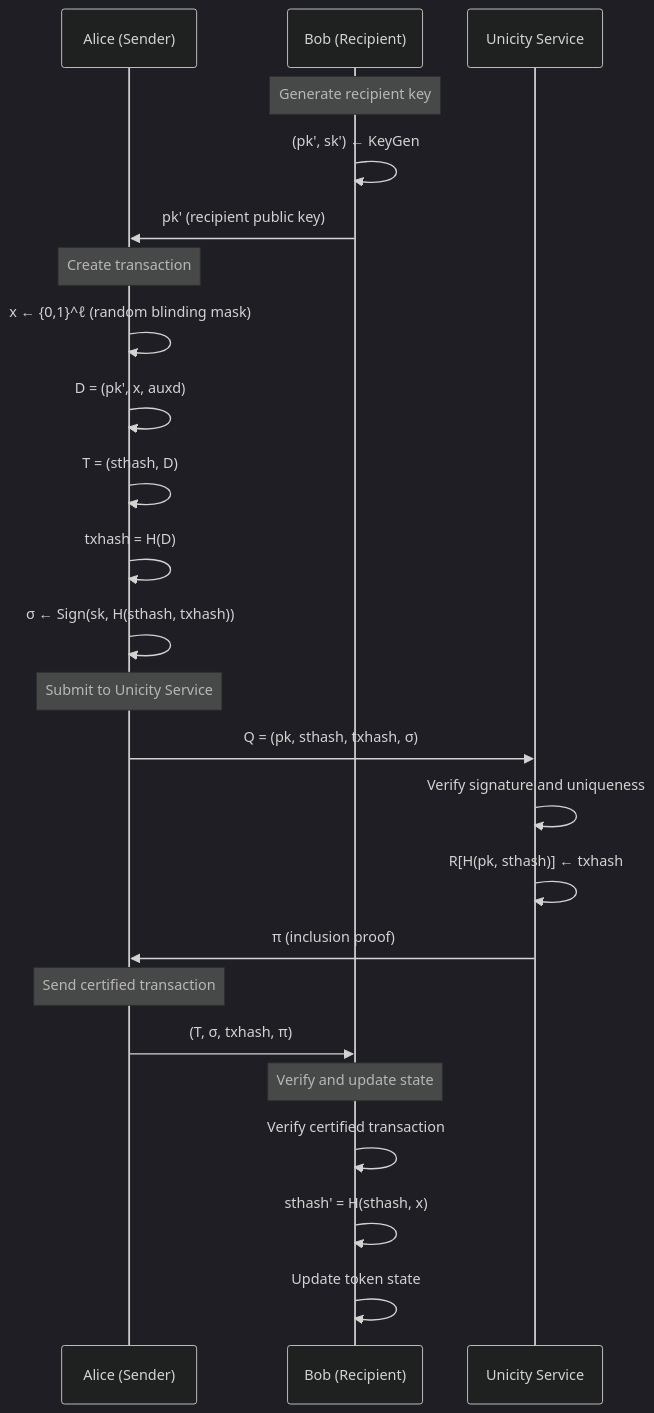
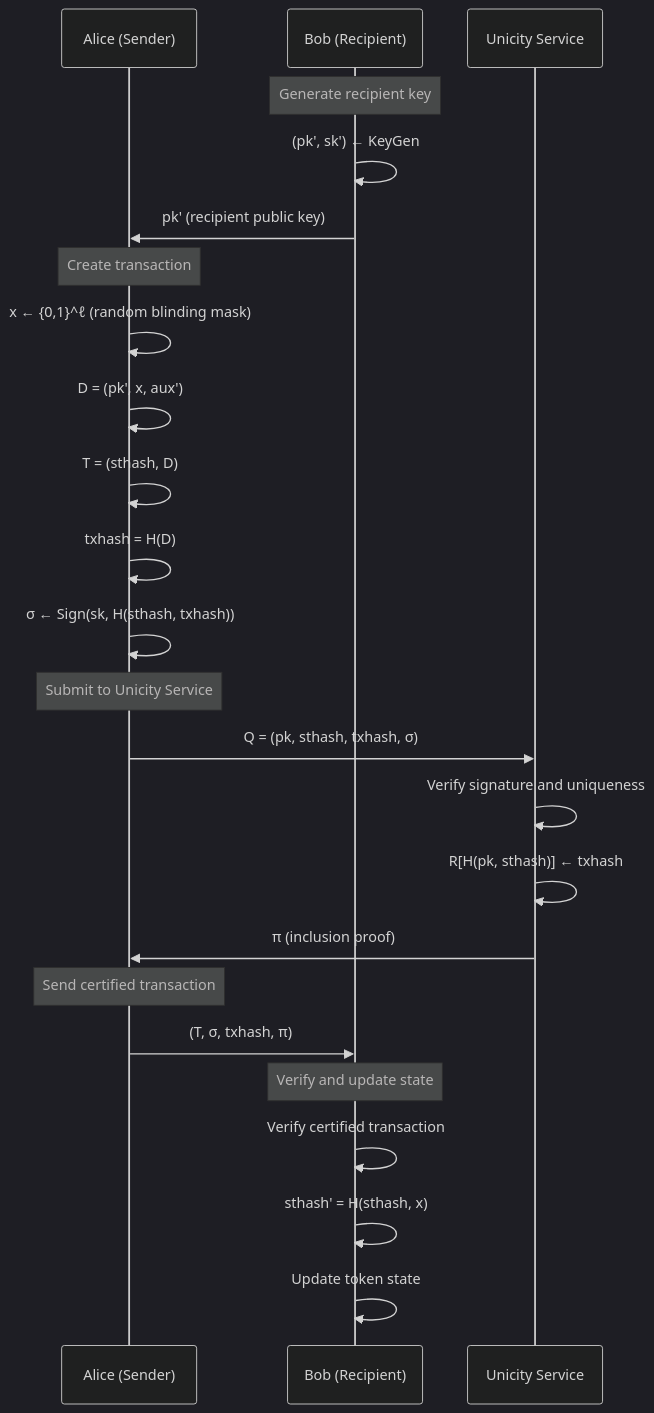
Before and after one commit to unicitynetwork/execution-model-tex: the diagram in execution-sdk-doc.md, drawn with Mermaid (dark theme). The commit also changed other lines of this file and 1 other file, not shown here.

Commit message:
aux handling

````diff
--- a/execution-sdk-doc.md
+++ b/execution-sdk-doc.md
@@ -367,31 +363,31 @@
 ```mermaid
 sequenceDiagram
     participant Alice as Alice (Sender)
     participant Bob as Bob (Recipient)
     participant US as Unicity Service
 
     Note over Bob: Generate recipient key
     Bob->>Bob: (pk', sk') ← KeyGen
     Bob->>Alice: pk' (recipient public key)
 
     Note over Alice: Create transaction
     Alice->>Alice: x ← {0,1}^ℓ (random blinding mask)
-    Alice->>Alice: D = (pk', x, auxd)
+    Alice->>Alice: D = (pk', x, aux')
     Alice->>Alice: T = (sthash, D)
     Alice->>Alice: txhash = H(D)
     Alice->>Alice: σ ← Sign(sk, H(sthash, txhash))
 
     Note over Alice: Submit to Unicity Service
     Alice->>US: Q = (pk, sthash, txhash, σ)
     US->>US: Verify signature and uniqueness
     US->>US: R[H(pk, sthash)] ← txhash
     US->>Alice: π (inclusion proof)
 
     Note over Alice: Send certified transaction
     Alice->>Bob: (T, σ, txhash, π)
 
     Note over Bob: Verify and update state
     Bob->>Bob: Verify certified transaction
     Bob->>Bob: sthash' = H(sthash, x)
     Bob->>Bob: Update token state
 ```
````
